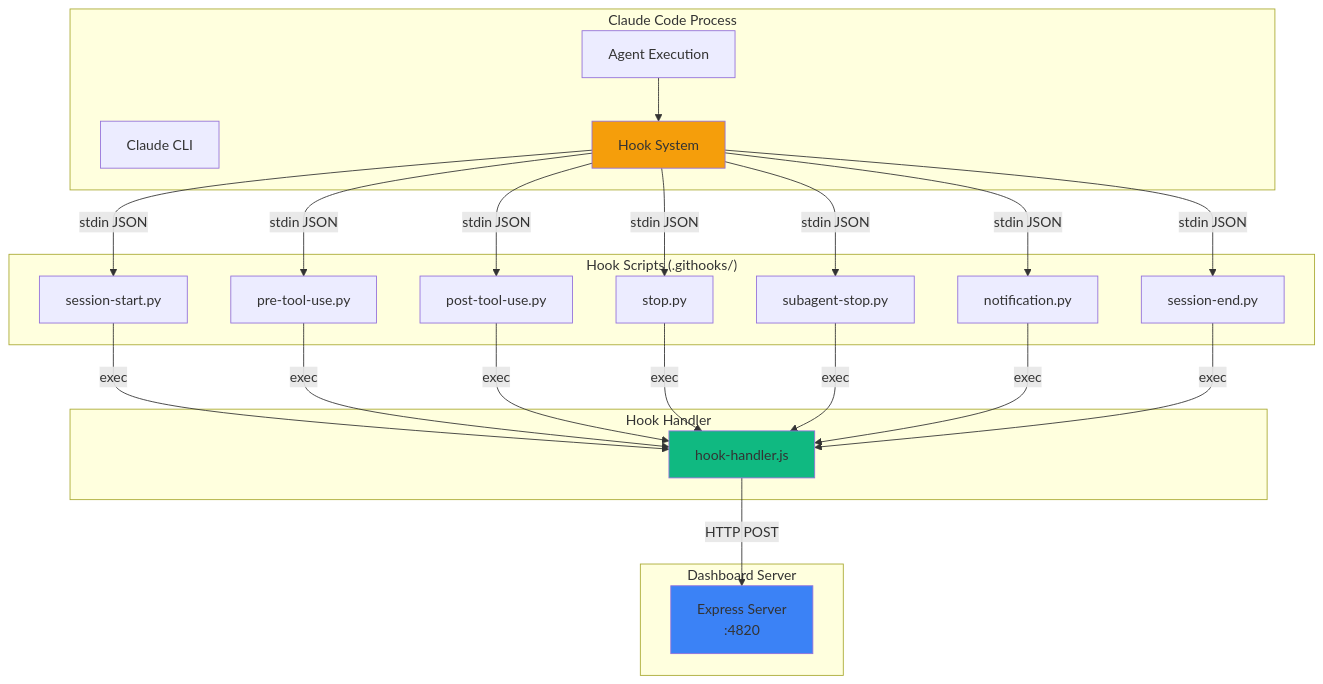
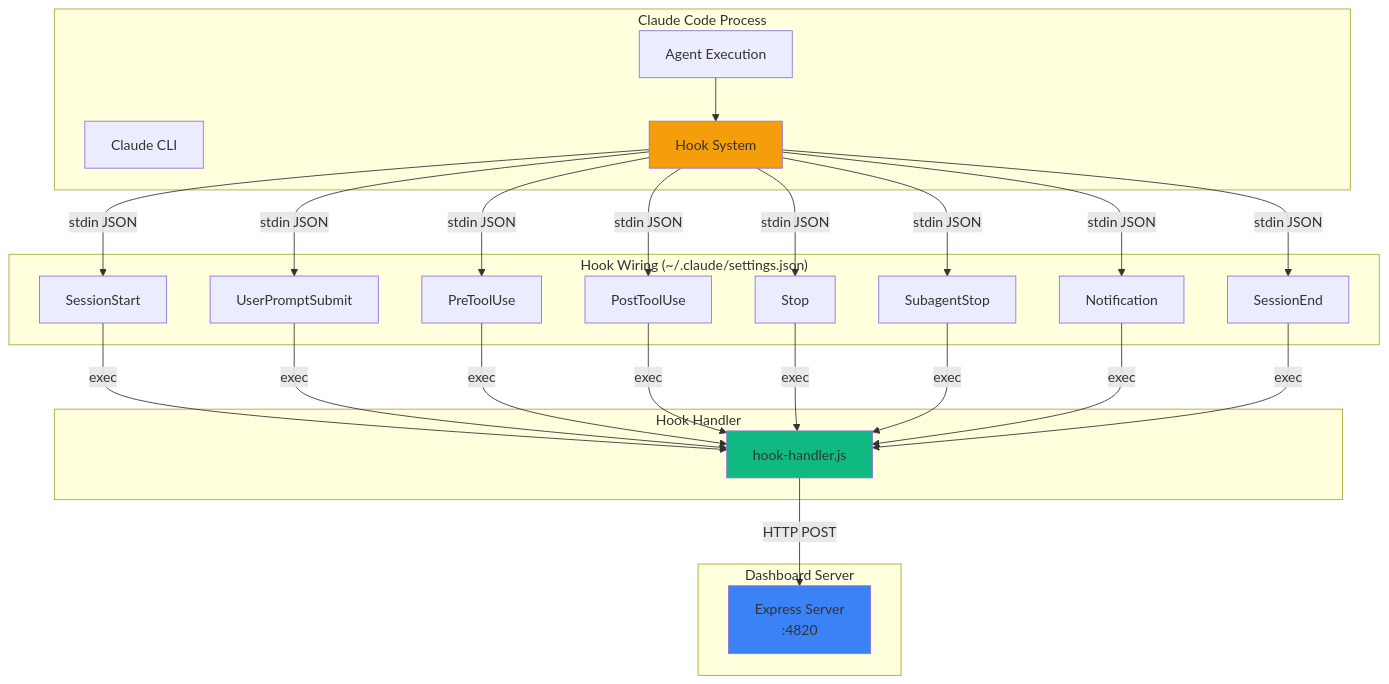
One commit to hoangsonww/Claude-Code-Agent-Monitor changed the first of 10 diagrams in docs/HOOKS.md. Above: the diagram before and after it, drawn with Mermaid. The commit also changed other lines of this file and 16 other files, not shown here.

````diff
--- a/docs/HOOKS.md
+++ b/docs/HOOKS.md
@@ -26,49 +26,52 @@
 ```mermaid
 graph TB
     subgraph "Claude Code Process"
         CLI[Claude CLI]
         Agent[Agent Execution]
         Hooks[Hook System]
     end
     
-    subgraph "Hook Scripts (.githooks/)"
-        SessionStart[session-start.py]
-        PreTool[pre-tool-use.py]
-        PostTool[post-tool-use.py]
-        Stop[stop.py]
-        SubagentStop[subagent-stop.py]
-        Notification[notification.py]
-        SessionEnd[session-end.py]
+    subgraph "Hook Wiring (~/.claude/settings.json)"
+        SessionStart[SessionStart]
+        UserPromptSubmit[UserPromptSubmit]
+        PreTool[PreToolUse]
+        PostTool[PostToolUse]
+        Stop[Stop]
+        SubagentStop[SubagentStop]
+        Notification[Notification]
+        SessionEnd[SessionEnd]
     end
-    
+
     subgraph "Hook Handler"
         Handler[hook-handler.js]
     end
-    
+
     subgraph "Dashboard Server"
         API[Express Server<br/>:4820]
     end
-    
+
     Agent --> Hooks
     Hooks -->|stdin JSON| SessionStart
+    Hooks -->|stdin JSON| UserPromptSubmit
     Hooks -->|stdin JSON| PreTool
     Hooks -->|stdin JSON| PostTool
     Hooks -->|stdin JSON| Stop
     Hooks -->|stdin JSON| SubagentStop
     Hooks -->|stdin JSON| Notification
     Hooks -->|stdin JSON| SessionEnd
-    
+
     SessionStart -->|exec| Handler
+    UserPromptSubmit -->|exec| Handler
     PreTool -->|exec| Handler
     PostTool -->|exec| Handler
     Stop -->|exec| Handler
     SubagentStop -->|exec| Handler
     Notification -->|exec| Handler
     SessionEnd -->|exec| Handler
     
     Handler -->|HTTP POST| API
     
     style Hooks fill:#F59E0B
     style Handler fill:#10B981
     style API fill:#3B82F6
 ```
````
